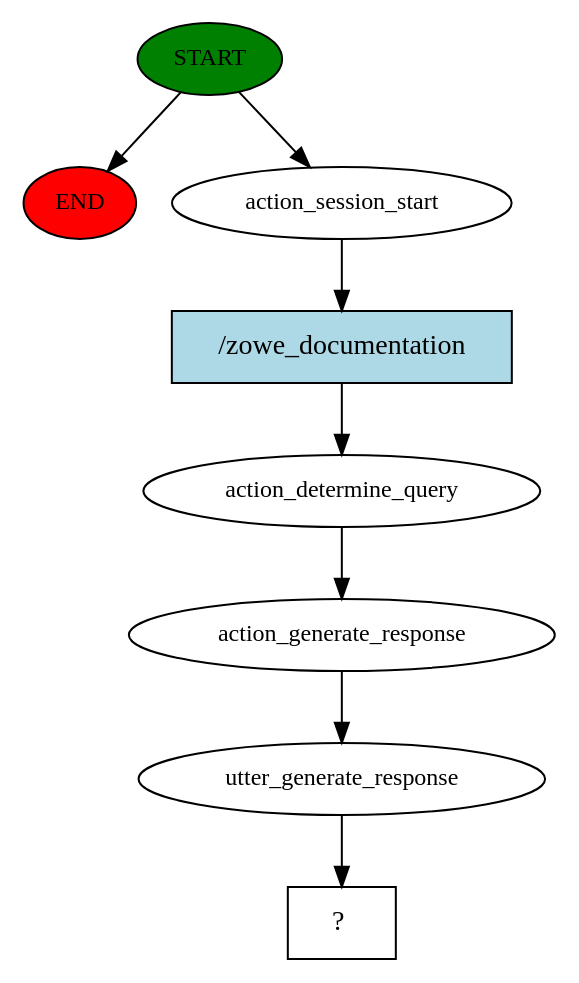
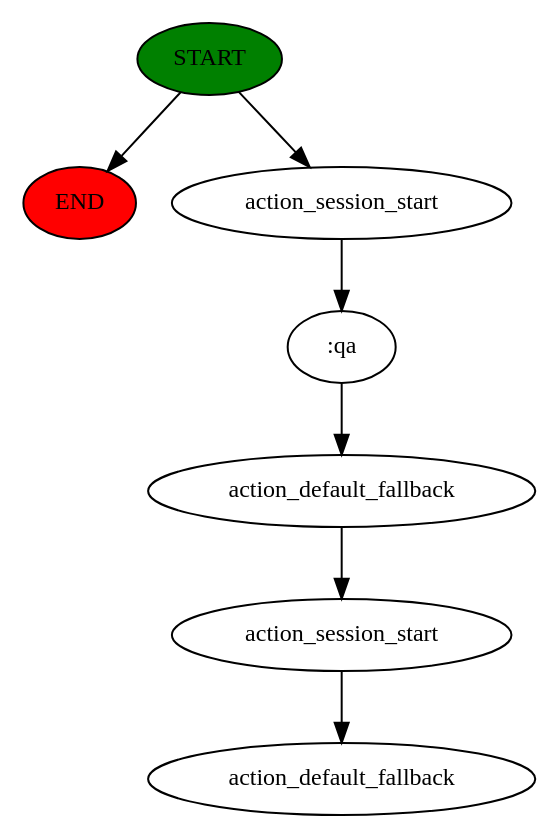
One commit to ATorrise/chatbot changed the diagram in rasaProject/story_graph.dot. Above: the diagram before and after it, drawn with Graphviz. The commit also changed 29 other files, not shown here.

```diff
--- a/rasaProject/story_graph.dot
+++ b/rasaProject/story_graph.dot
@@ -1,17 +1,15 @@
 digraph  {
 0 [class="start active", fillcolor=green, fontsize=12, label=START, style=filled];
 "-1" [class=end, fillcolor=red, fontsize=12, label=END, style=filled];
 1 [class=active, fontsize=12, label=action_session_start];
-2 [class=active, fontsize=12, label=action_determine_query];
-3 [class=active, fontsize=12, label=action_generate_response];
-4 [class=active, fontsize=12, label=utter_generate_response];
-5 [class="intent dashed active", label="  ?  ", shape=rect];
-6 [class="intent active", fillcolor=lightblue, label="/zowe_documentation", shape=rect, style=filled];
+2 [class=active, fontsize=12, label=":qa"];
+3 [class=active, fontsize=12, label=action_default_fallback];
+4 [class=active, fontsize=12, label=action_session_start];
+5 [class="dashed active", fontsize=12, label=action_default_fallback];
 0 -> "-1"  [class="", key=NONE, label=""];
 0 -> 1  [class=active, key=NONE, label=""];
-1 -> 6  [class=active, key=0];
+1 -> 2  [class=active, key=NONE, label=""];
 2 -> 3  [class=active, key=NONE, label=""];
 3 -> 4  [class=active, key=NONE, label=""];
 4 -> 5  [class=active, key=NONE, label=""];
-6 -> 2  [class=active, key=0];
 }
```
